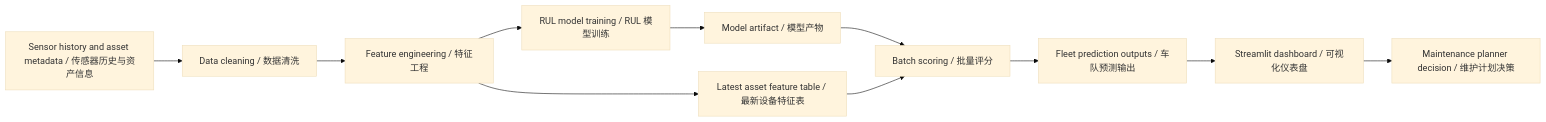
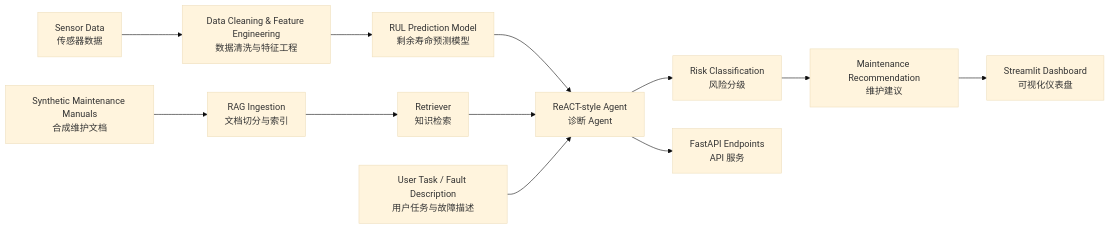
Before and after one commit to ZiruiWang2021/ai-predictive-maintenance-deployment-toolkit: the diagram in README.md, drawn with Mermaid (base theme). The commit also changed other lines of this file, not shown here.

Commit message:
Rewrite README for AI maintenance agent portfolio

````diff
--- a/README.md
+++ b/README.md
@@ -214,13 +37,14 @@
 ```mermaid
 flowchart LR
-    A["Sensor history and asset metadata / 传感器历史与资产信息"] --> B["Data cleaning / 数据清洗"]
-    B --> C["Feature engineering / 特征工程"]
-    C --> D["RUL model training / RUL 模型训练"]
-    D --> E["Model artifact / 模型产物"]
-    C --> F["Latest asset feature table / 最新设备特征表"]
-    E --> G["Batch scoring / 批量评分"]
+    A["Sensor Data<br/>传感器数据"] --> B["Data Cleaning & Feature Engineering<br/>数据清洗与特征工程"]
+    B --> C["RUL Prediction Model<br/>剩余寿命预测模型"]
+    D["Synthetic Maintenance Manuals<br/>合成维护文档"] --> E["RAG Ingestion<br/>文档切分与索引"]
+    E --> F["Retriever<br/>知识检索"]
+    C --> G["ReACT-style Agent<br/>诊断 Agent"]
     F --> G
-    G --> H["Fleet prediction outputs / 车队预测输出"]
-    H --> I["Streamlit dashboard / 可视化仪表盘"]
-    I --> J["Maintenance planner decision / 维护计划决策"]
+    H["User Task / Fault Description<br/>用户任务与故障描述"] --> G
+    G --> I["Risk Classification<br/>风险分级"]
+    I --> J["Maintenance Recommendation<br/>维护建议"]
+    G --> K["FastAPI Endpoints<br/>API 服务"]
+    J --> L["Streamlit Dashboard<br/>可视化仪表盘"]
 ```
````
